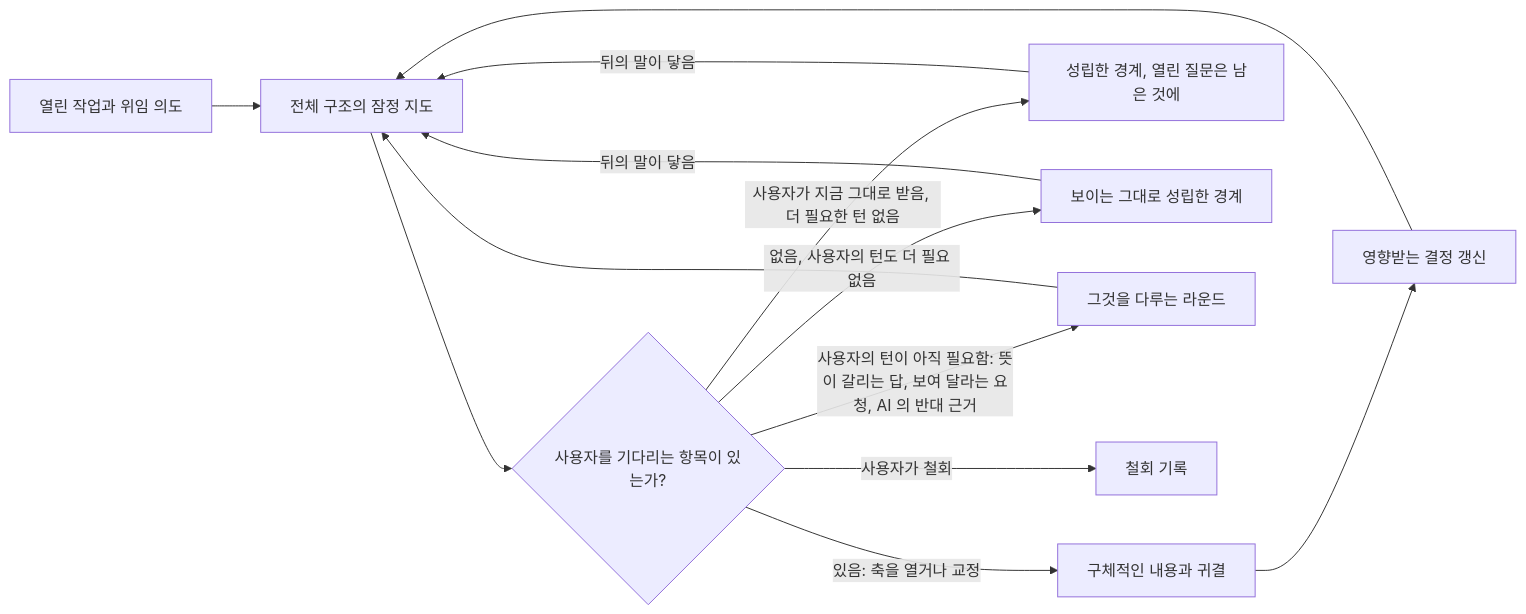
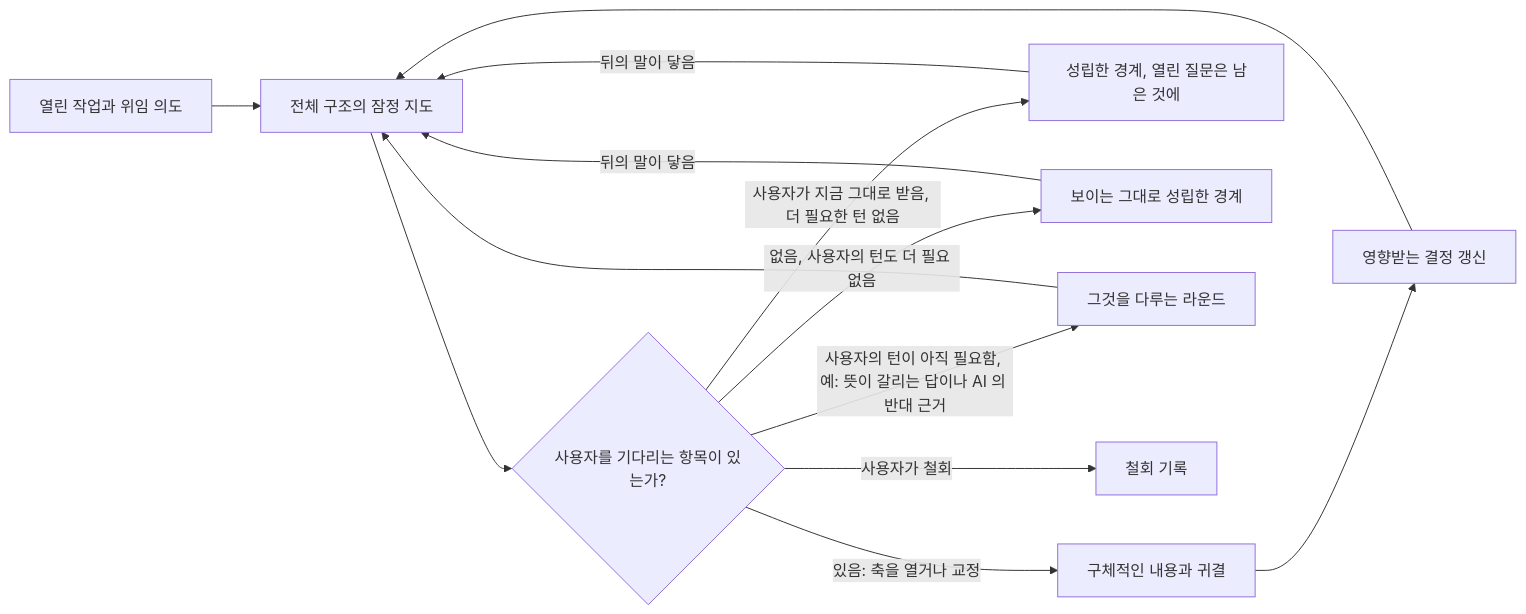
The diagram in horismos/README_ko.md (jongwony/epistemic-protocols), drawn with Mermaid before and after one commit. The commit also changed other lines of this file and 3 other files, not shown here.

First line of the commit message:
fix(horismos): 리뷰 9라운드 — 서 있는 경계에서 보여 달라는 요청은 보이는 턴이 다루고 경계는 서 있게 두며, "턴이 필요한 경우" 의 사본을 걷는다 (ROO-108)

````diff
--- a/horismos/README_ko.md
+++ b/horismos/README_ko.md
@@ -9,15 +9,15 @@
 ```mermaid
 flowchart LR
     A[열린 작업과 위임 의도] --> B[전체 구조의 잠정 지도]
     B --> C{사용자를 기다리는 항목이 있는가?}
     C -->|있음: 축을 열거나 교정| D[구체적인 내용과 귀결]
     D --> E[영향받는 결정 갱신]
     E --> B
     C -->|사용자가 지금 그대로 받음, 더 필요한 턴 없음| F[성립한 경계, 열린 질문은 남은 것에]
     C -->|없음, 사용자의 턴도 더 필요 없음| G[보이는 그대로 성립한 경계]
-    C -->|사용자의 턴이 아직 필요함: 뜻이 갈리는 답, 보여 달라는 요청, AI 의 반대 근거| H[그것을 다루는 라운드]
+    C -->|사용자의 턴이 아직 필요함, 예: 뜻이 갈리는 답이나 AI 의 반대 근거| H[그것을 다루는 라운드]
     H --> B
     C -->|사용자가 철회| W[철회 기록]
     F -->|뒤의 말이 닿음| B
     G -->|뒤의 말이 닿음| B
 ```
````
